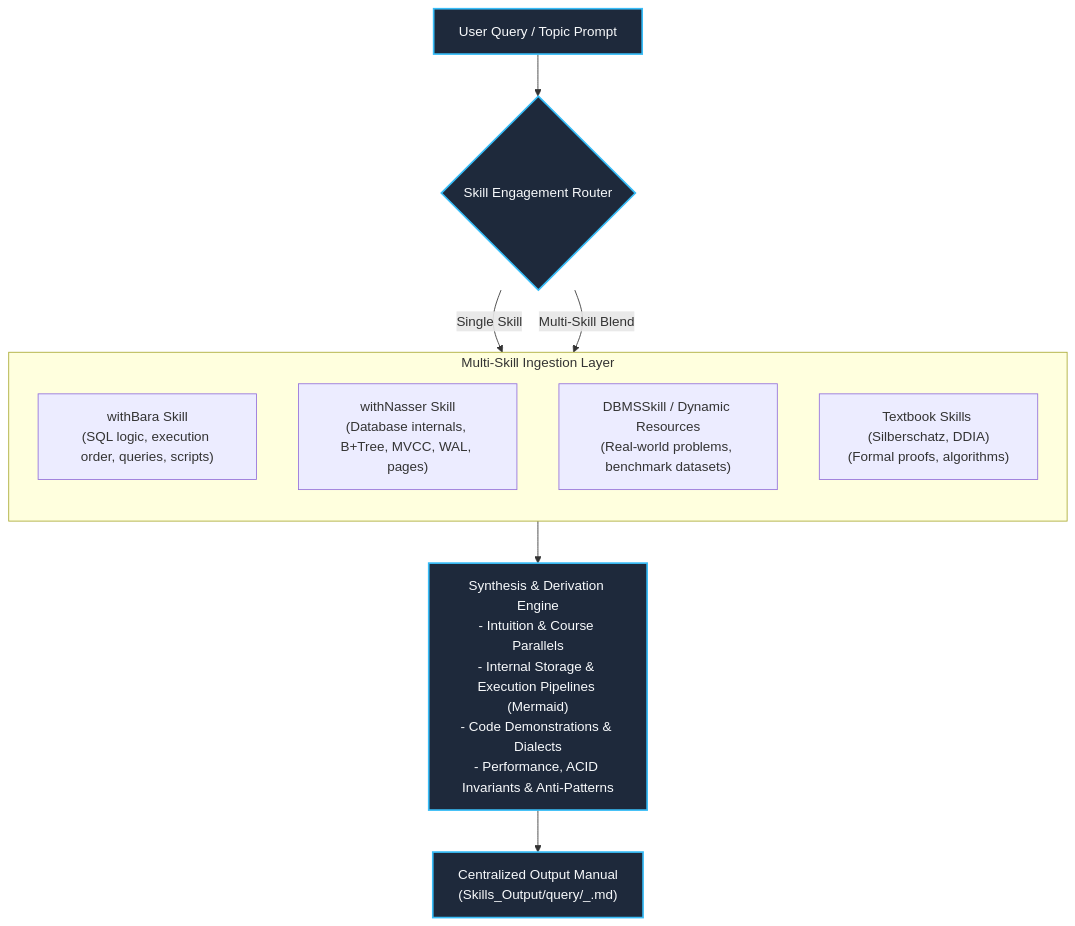
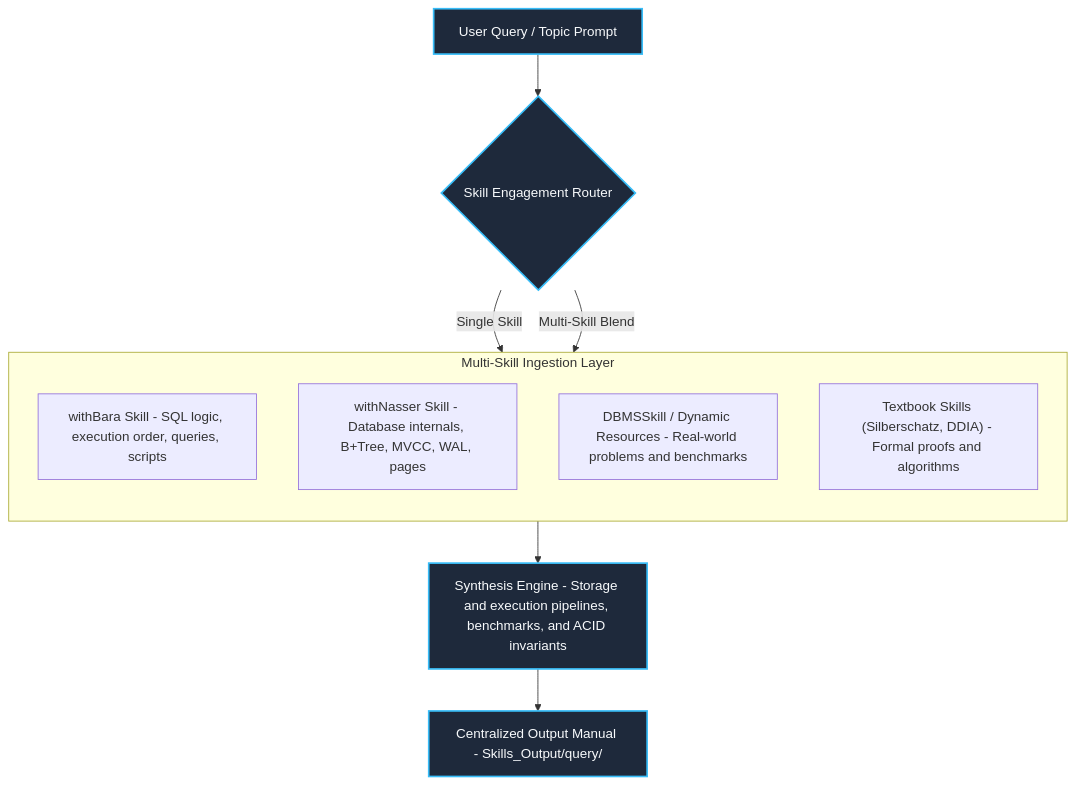
The diagram in Skills_Output/query/Query_Hub_README.md (AkmKawser/Database-Management-System), drawn with Mermaid before and after one commit. The commit also changed 4 other files, not shown here.

````diff
--- a/Skills_Output/query/Query_Hub_README.md
+++ b/Skills_Output/query/Query_Hub_README.md
@@ -11,22 +11,22 @@
 ```mermaid
 flowchart TD
     UserQuery["User Query / Topic Prompt"] --> Router{"Skill Engagement Router"}
     
     subgraph MultiSkillSources["Multi-Skill Ingestion Layer"]
         direction TB
-        SkillBara["withBara Skill<br/>(SQL logic, execution order, queries, scripts)"]
-        SkillNasser["withNasser Skill<br/>(Database internals, B+Tree, MVCC, WAL, pages)"]
-        SkillDynamic["DBMSSkill / Dynamic Resources<br/>(Real-world problems, benchmark datasets)"]
-        SkillBooks["Textbook Skills (Silberschatz, DDIA)<br/>(Formal proofs, algorithms)"]
+        SkillBara["withBara Skill - SQL logic, execution order, queries, scripts"]
+        SkillNasser["withNasser Skill - Database internals, B+Tree, MVCC, WAL, pages"]
+        SkillDynamic["DBMSSkill / Dynamic Resources - Real-world problems and benchmarks"]
+        SkillBooks["Textbook Skills (Silberschatz, DDIA) - Formal proofs and algorithms"]
     end
     
     Router -->|Single Skill| MultiSkillSources
     Router -->|Multi-Skill Blend| MultiSkillSources
     
-    MultiSkillSources --> Synthesis["Synthesis & Derivation Engine<br/>- Intuition & Course Parallels<br/>- Internal Storage & Execution Pipelines (Mermaid)<br/>- Code Demonstrations & Dialects<br/>- Performance, ACID Invariants & Anti-Patterns"]
+    MultiSkillSources --> Synthesis["Synthesis Engine - Storage and execution pipelines, benchmarks, and ACID invariants"]
     
-    Synthesis --> OutputHub["Centralized Output Manual<br/>(Skills_Output/query/<NNN>_<topic_name>.md)"]
+    Synthesis --> OutputHub["Centralized Output Manual - Skills_Output/query/"]
 
     classDef stage fill:#1e293b,stroke:#38bdf8,stroke-width:2px,color:#f8fafc;
     class UserQuery,Router,Synthesis,OutputHub stage;
 ```
````
